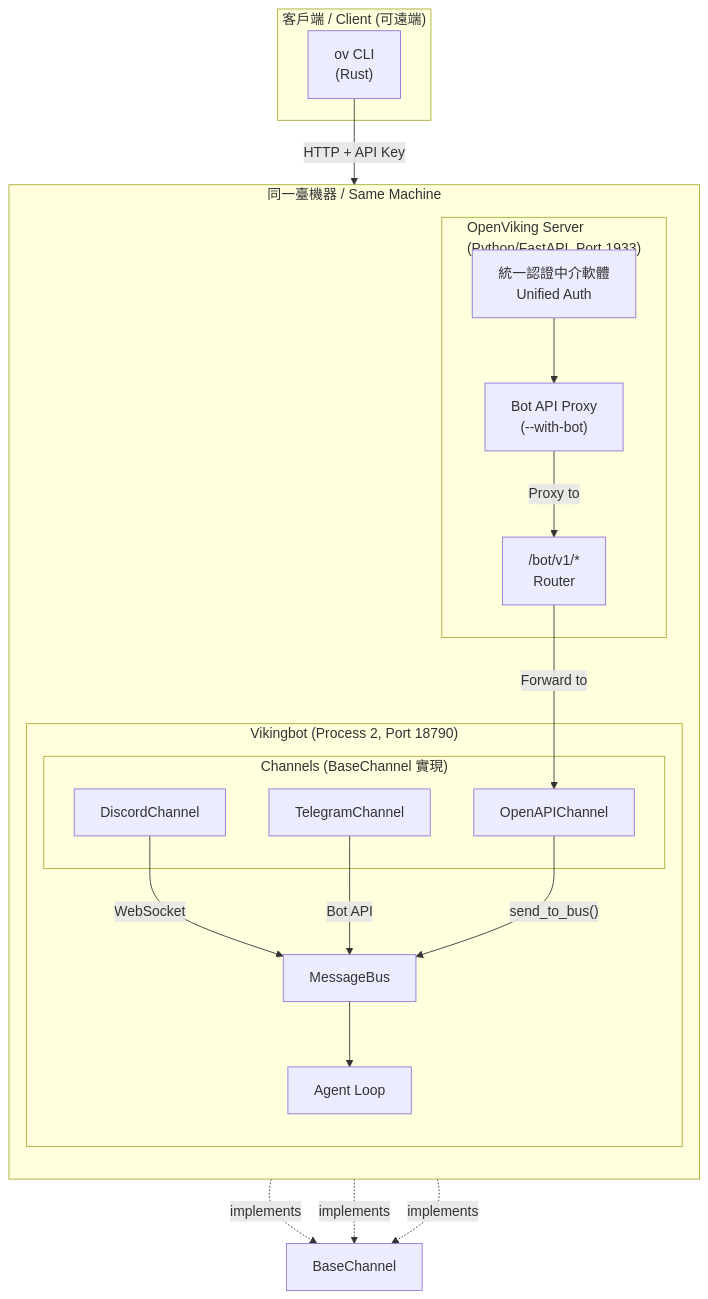
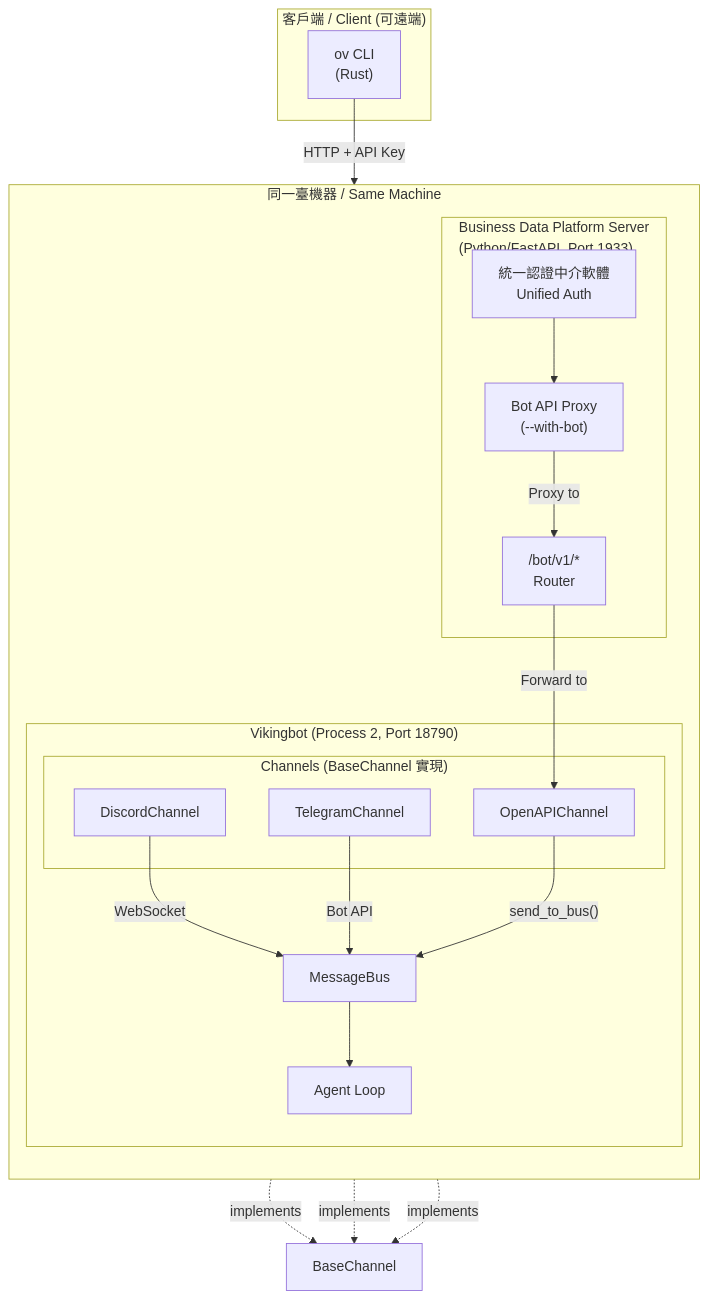
The first of 2 diagrams in bot/docs/zh/design/rfc-openviking-cli-ov-chat.md (yenchang265-afk/OpenViking), drawn with Mermaid before and after one commit. The commit also changed other lines of this file and 1144 other files, not shown here.

First line of the commit message:
chore: rebrand product display name to Business Data Platform

````diff
--- a/bot/docs/zh/design/rfc-openviking-cli-ov-chat.md
+++ b/bot/docs/zh/design/rfc-openviking-cli-ov-chat.md
@@ -23,40 +23,40 @@
 ```mermaid
 flowchart TB
     subgraph Client["客戶端 / Client (可遠端)"]
         CLI["ov CLI<br/>(Rust)"]
     end
 
     subgraph SameMachine["同一臺機器 / Same Machine"]
         direction TB
 
-        subgraph Server["OpenViking Server<br/>(Python/FastAPI, Port 1933)"]
+        subgraph Server["Business Data Platform Server<br/>(Python/FastAPI, Port 1933)"]
             Auth["統一認證中介軟體<br/>Unified Auth"]
             BotAPIProxy["Bot API Proxy<br/>(--with-bot)"]
             BotRouter["/bot/v1/*<br/>Router"]
         end
 
         subgraph Vikingbot["Vikingbot (Process 2, Port 18790)"]
             subgraph Channels["Channels (BaseChannel 實現)"]
                 OC["OpenAPIChannel"]
                 DC["DiscordChannel"]
                 TC["TelegramChannel"]
             end
             MB["MessageBus"]
             AL["Agent Loop"]
         end
     end
 
     CLI -->|"HTTP + API Key"| Auth
     Auth --> BotAPIProxy
     BotAPIProxy -->|"Proxy to"| BotRouter
     BotRouter -->|"Forward to"| OC
 
     DC -->|"WebSocket"| MB
     TC -->|"Bot API"| MB
     OC -->|"send_to_bus()"| MB
     MB --> AL
 
     OC -.->|"implements"| BaseChannel["BaseChannel"]
     DC -.->|"implements"| BaseChannel
     TC -.->|"implements"| BaseChannel
 ```
````
